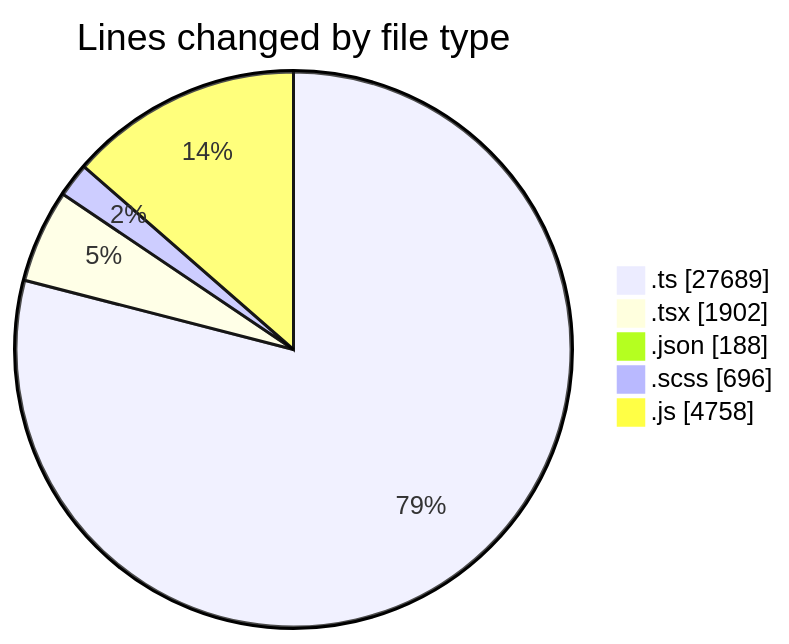
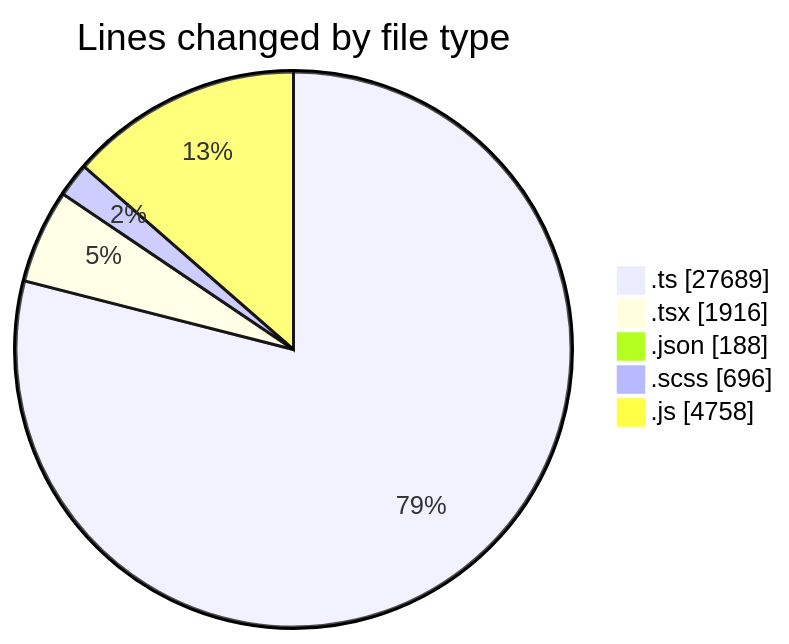
The first of 2 diagrams in 2026-05-07/cda/README.md (momahboobian/code-tracking), drawn with Mermaid before and after one commit. The commit also changed other lines of this file and 1 other file, not shown here.

````diff
--- a/2026-05-07/cda/README.md
+++ b/2026-05-07/cda/README.md
@@ -46,9 +46,9 @@
 ```mermaid
 pie showData
 title Lines changed by file type
 ".ts" : 27689
-".tsx" : 1902
+".tsx" : 1916
 ".json" : 188
 ".scss" : 696
 ".js" : 4758
 ```
````
